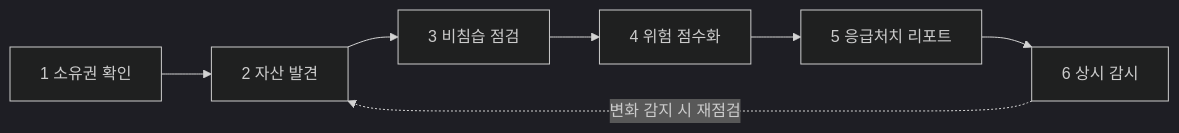
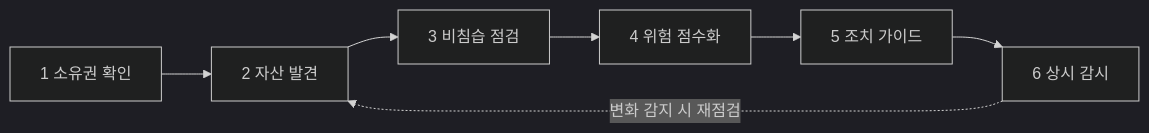
The diagram in docs/A2D_기획서.md (unexpected-hackathon/A2D), drawn with Mermaid (dark theme) before and after one commit. The commit also changed other lines of this file and 7 other files, not shown here.

Commit message:
docs: API 명세·정보 구조도 추가와 조치 가이드 용어 변경 (#12)

````diff
--- a/docs/A2D_기획서.md
+++ b/docs/A2D_기획서.md
@@ -107,6 +107,6 @@
 ```mermaid
 flowchart LR
   A[1 소유권 확인] --> B[2 자산 발견] --> C[3 비침습 점검]
-  C --> D[4 위험 점수화] --> E[5 응급처치 리포트] --> F[6 상시 감시]
+  C --> D[4 위험 점수화] --> E[5 조치 가이드] --> F[6 상시 감시]
   F -. 변화 감지 시 재점검 .-> B
 ```
````
